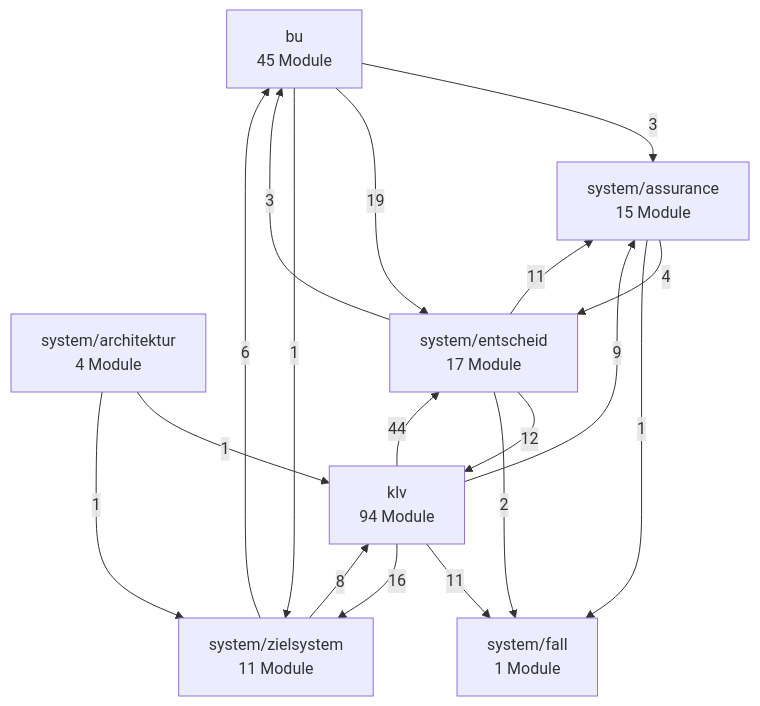
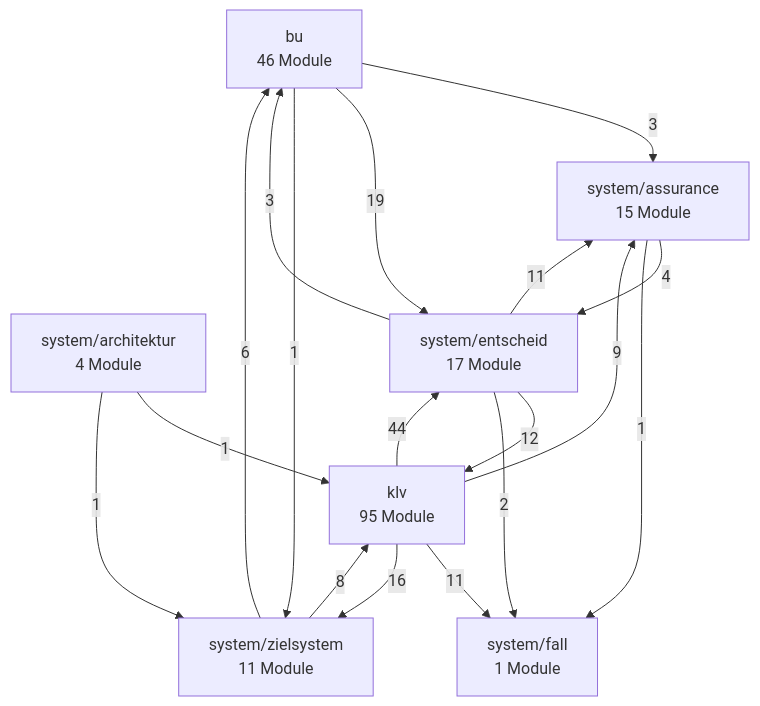
The second of 3 diagrams in docs/architektur/landkarte.md (bartlmac/rechner-pipeline), drawn with Mermaid before and after one commit. The commit also changed other lines of this file and 6 other files, not shown here.

````diff
--- a/docs/architektur/landkarte.md
+++ b/docs/architektur/landkarte.md
@@ -85,28 +85,28 @@
 ```mermaid
 %% Fachknoten — erzeugt von ontologie.landkarte
 flowchart TD
-    bu["bu<br/>45 Module"]
-    klv["klv<br/>94 Module"]
+    bu["bu<br/>46 Module"]
+    klv["klv<br/>95 Module"]
     system_architektur["system/architektur<br/>4 Module"]
     system_assurance["system/assurance<br/>15 Module"]
     system_entscheid["system/entscheid<br/>17 Module"]
     system_fall["system/fall<br/>1 Module"]
     system_zielsystem["system/zielsystem<br/>11 Module"]
     bu -- 3 --> system_assurance
     bu -- 19 --> system_entscheid
     bu -- 1 --> system_zielsystem
     klv -- 9 --> system_assurance
     klv -- 44 --> system_entscheid
     klv -- 11 --> system_fall
     klv -- 16 --> system_zielsystem
     system_architektur -- 1 --> klv
     system_architektur -- 1 --> system_zielsystem
     system_assurance -- 4 --> system_entscheid
     system_assurance -- 1 --> system_fall
     system_entscheid -- 3 --> bu
     system_entscheid -- 12 --> klv
     system_entscheid -- 11 --> system_assurance
     system_entscheid -- 2 --> system_fall
     system_zielsystem -- 6 --> bu
     system_zielsystem -- 8 --> klv
 ```
````
